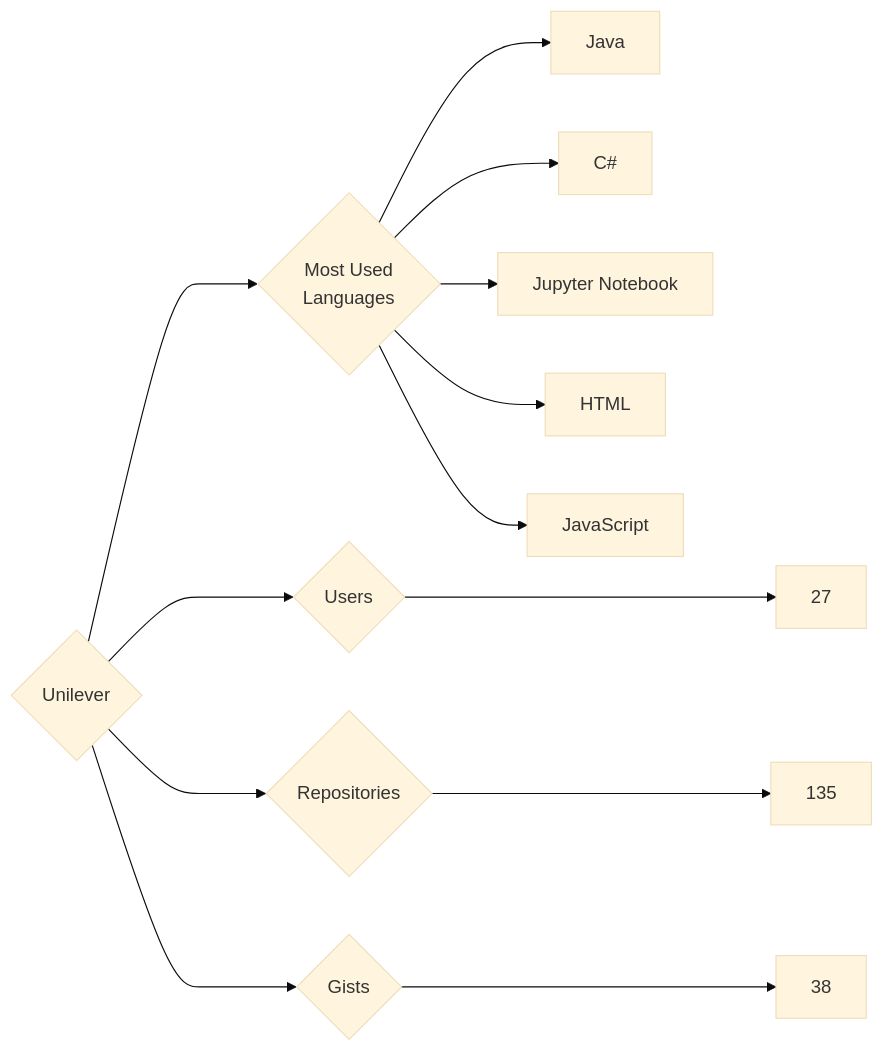
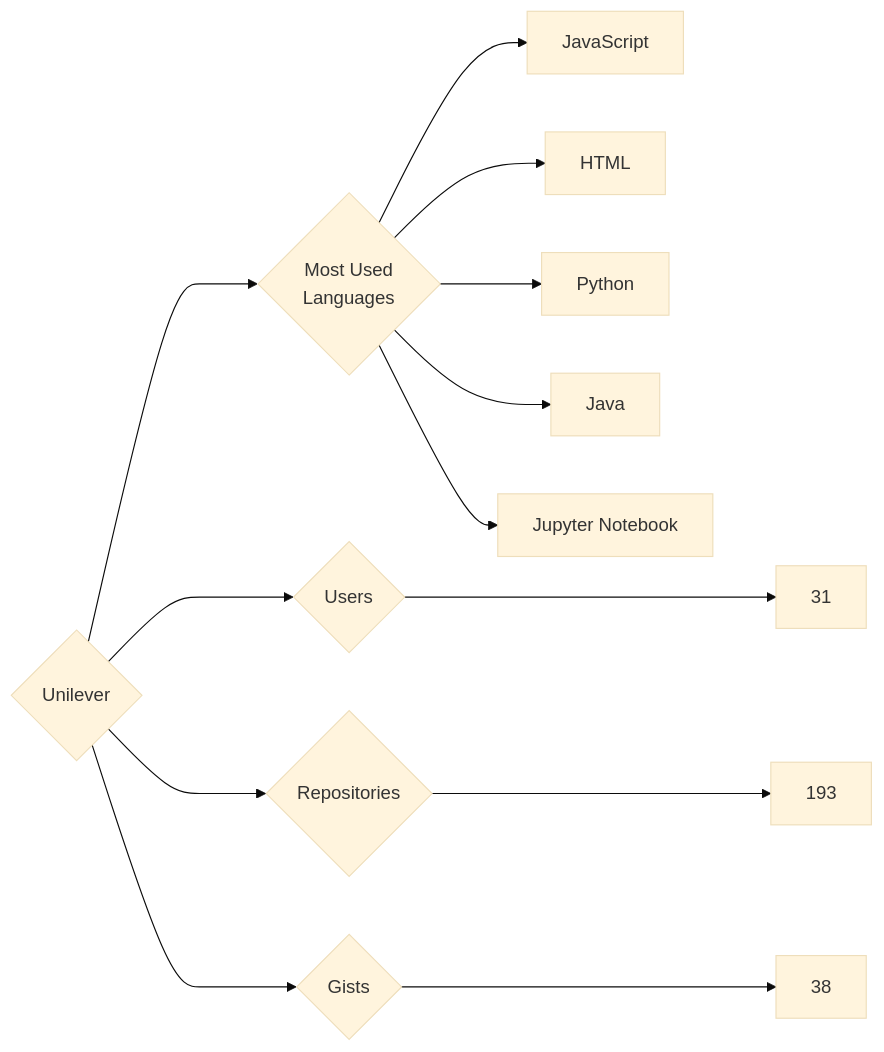
One commit to trickest/insiders changed the diagram in targets/Unilever/README.md. Above: the diagram before and after it, drawn with Mermaid (base theme). The commit also changed 770 other files, not shown here.

````diff
--- a/targets/Unilever/README.md
+++ b/targets/Unilever/README.md
@@ -3,13 +3,13 @@
 ```mermaid
 graph LR
 COMPANY_NAME{Unilever}
-COMPANY_NAME ---> U{Users} ---> UN[27]
-COMPANY_NAME ---> R{Repositories} ---> RN[135]
+COMPANY_NAME ---> U{Users} ---> UN[31]
+COMPANY_NAME ---> R{Repositories} ---> RN[193]
 COMPANY_NAME ---> G{Gists} ---> GN[38]
 COMPANY_NAME ---> ML{Most Used<br>Languages}
+ML --> JavaScript[JavaScript]
+ML --> HTML[HTML]
+ML --> Python[Python]
 ML --> Java[Java]
-ML --> C#[C#]
 ML --> Jupyter_Notebook[Jupyter Notebook]
-ML --> HTML[HTML]
-ML --> JavaScript[JavaScript]
 ```
````
